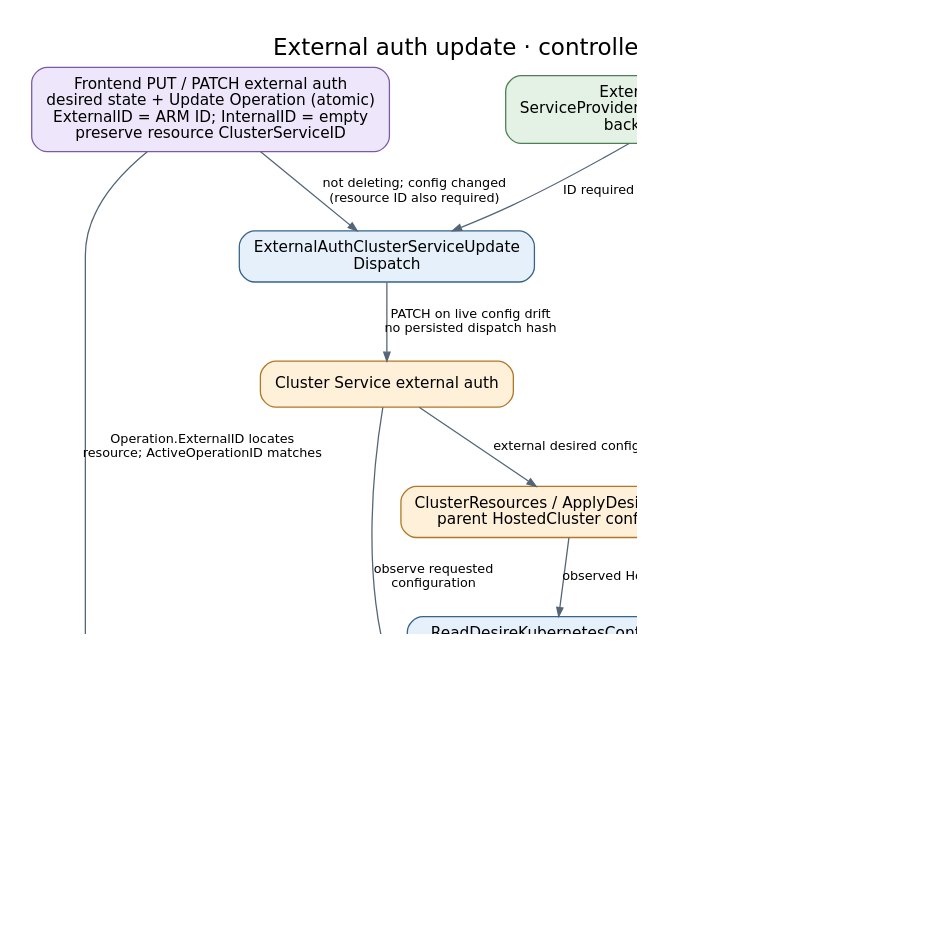
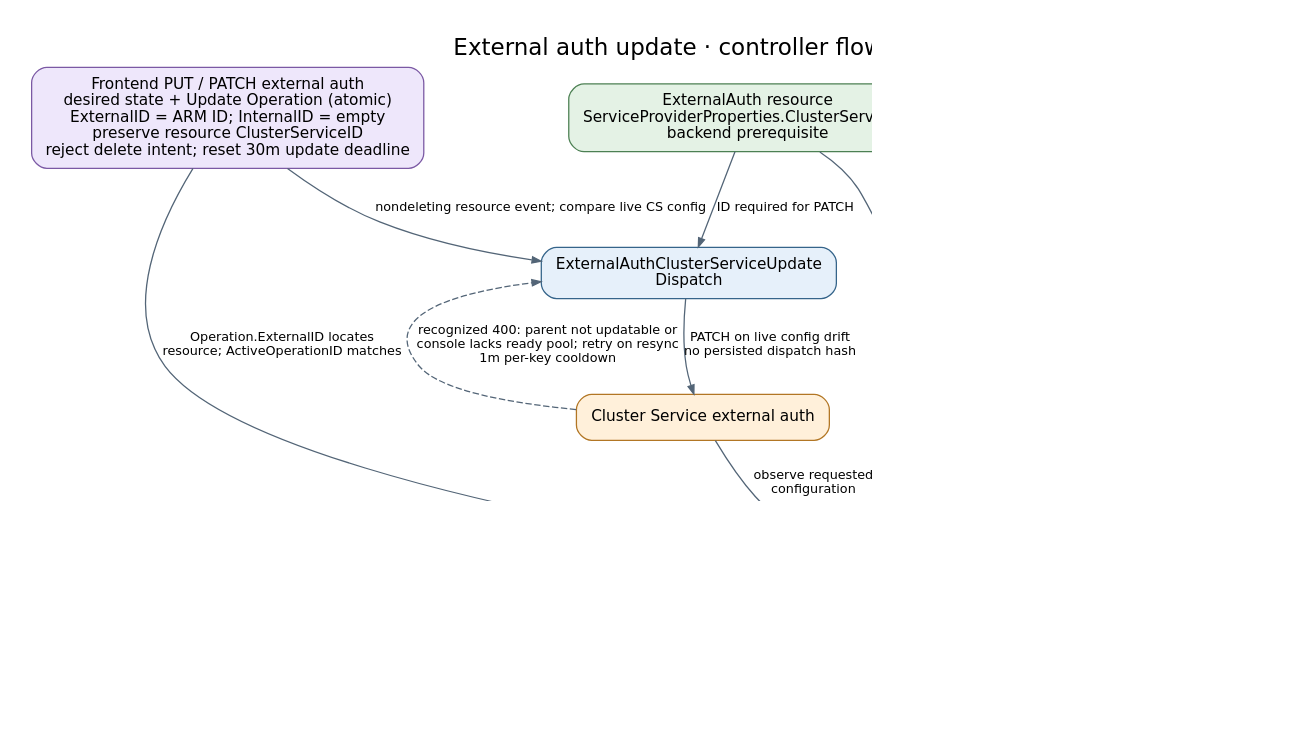
The diagram in docs/generated/diagrams/controller-flows/externalauth-update.dot (Azure/ARO-HCP), drawn with Graphviz before and after one commit. The commit also changed 48 other files, not shown here.

Commit message:
docs: sync the service-provider controller flow reference

```diff
--- a/docs/generated/diagrams/controller-flows/externalauth-update.dot
+++ b/docs/generated/diagrams/controller-flows/externalauth-update.dot
@@ -1,24 +1,28 @@
 digraph externalauth_update {
   graph [rankdir=TB, bgcolor="white", pad="0.3", nodesep="0.4", ranksep="0.55", fontname="DejaVu Sans", fontsize=18, labelloc=t, label="External auth update · controller flow", dpi=110];
   node [shape=box, style="rounded,filled", fillcolor="#e6f0fa", color="#35648a", fontname="DejaVu Sans", fontsize=12, margin="0.16,0.10"];
   edge [color="#536577", fontname="DejaVu Sans", fontsize=10, arrowsize=0.7];
-  api [label="Frontend PUT / PATCH external auth\ndesired state + Update Operation (atomic)\nExternalID = ARM ID; InternalID = empty\npreserve resource ClusterServiceID", fillcolor="#eee7fb", color="#7b59a4"];
+  api [label="Frontend PUT / PATCH external auth\ndesired state + Update Operation (atomic)\nExternalID = ARM ID; InternalID = empty\npreserve resource ClusterServiceID\nreject delete intent; reset 30m update deadline", fillcolor="#eee7fb", color="#7b59a4"];
   child [label="ExternalAuth resource\nServiceProviderProperties.ClusterServiceID\nbackend prerequisite", fillcolor="#e4f2e5", color="#4c8053"];
   dispatch [label="ExternalAuthClusterServiceUpdate\nDispatch", fillcolor="#e6f0fa", color="#35648a"];
   cs [label="Cluster Service external auth", fillcolor="#fff0da", color="#b27624"];
-  op [label="OperationExternalAuthUpdate\nmatching active operation + resource ID\n+ both configuration observations", fillcolor="#e6f0fa", color="#35648a"];
+  op [label="OperationExternalAuthUpdate\nmatching active operation + resource ID\nnondeleting; missing CS ID waits\n+ both configuration observations", fillcolor="#e6f0fa", color="#35648a"];
+  failed [label="ARM Update Failed\nexpired pending/error: DeadlineExceeded", fillcolor="#fbe4e4", color="#9b4d4d"];
+  op -> failed [label="pending or observation error\nstrictly past persisted deadline"];
   done [label="ARM Update Operation Succeeded", fillcolor="#e4f2e5", color="#4c8053"];
   external [label="ClusterResources / ApplyDesireController\nparent HostedCluster configuration", fillcolor="#fff0da", color="#b27624"];
   mirror [label="ReadDesireKubernetesController\nexisting parent HostedCluster read", fillcolor="#e6f0fa", color="#35648a"];
-  api -> dispatch [label="not deleting; config changed\n(resource ID also required)"];
+  api -> dispatch [label="nondeleting resource event; compare live CS config"];
   child -> dispatch [label="ID required for PATCH"];
   child -> op [label="read ID from resource\nfor Cluster Service GET"];
   api -> op [label="Operation.ExternalID locates\nresource; ActiveOperationID matches"];
   dispatch -> cs [label="PATCH on live config drift\nno persisted dispatch hash"];
+  cs -> dispatch [label="recognized 400: parent not updatable or\nconsole lacks ready pool; retry on resync\n1m per-key cooldown", style=dashed, constraint=false];
   cs -> op [label="observe requested\nconfiguration"];
-  op -> done [label="both configurations match\nno local deadline or readiness check"];
-  cs -> external [label="external desired configuration"];
+  op -> done [label="both configurations match,\neven after deadline"];
+  manifests [label="Cluster Service parent cluster\nresource manifest endpoint", fillcolor="#fff0da", color="#b27624"];
+  manifests -> external [label="poll using parent CS ID\nand observed placement"];
   external -> mirror [label="observed HostedCluster spec"];
   mirror -> op [label="issuer / clients / claims /\nrules match"];
   op -> op [label="pending: observe again", style=dashed, color="#857456", constraint=false];
 }
```
